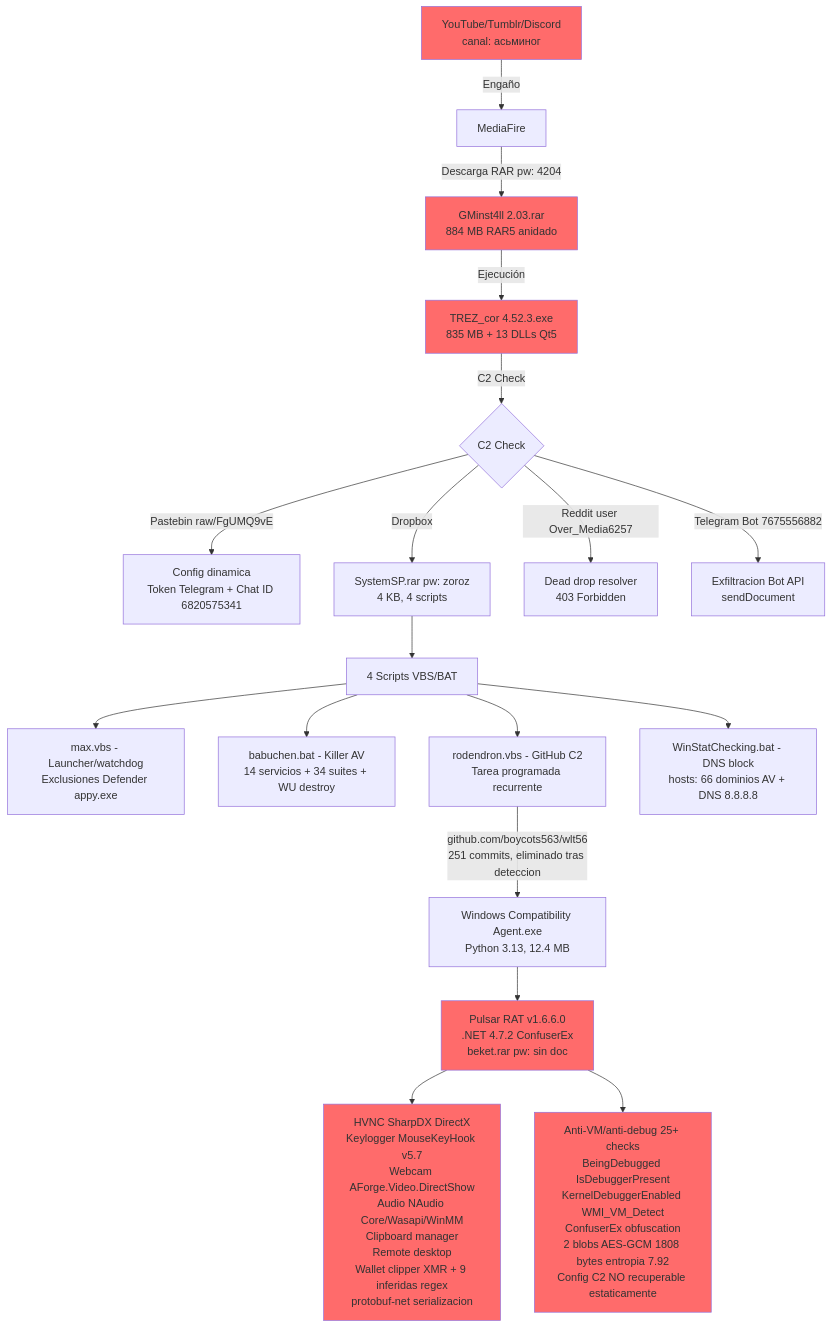
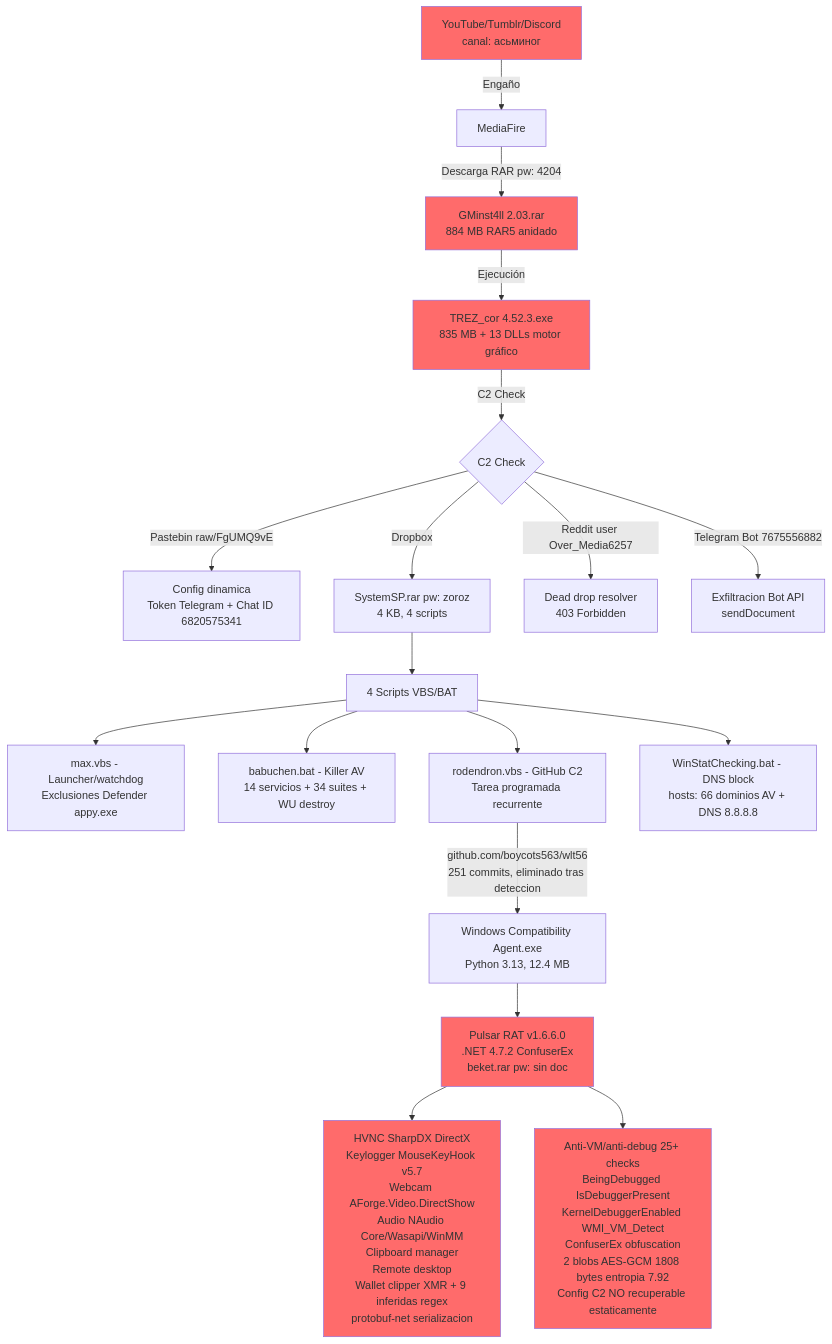
Before and after one commit to alesanfe/soar-ransomware-lab: diagram 11 of 12 in docs/thesis/appendix_f.md, drawn with Mermaid. The commit also changed other lines of this file, not shown here.

````diff
--- a/docs/thesis/appendix_f.md
+++ b/docs/thesis/appendix_f.md
@@ -554,26 +554,26 @@
 ```mermaid
 graph TD
  A[YouTube/Tumblr/Discord<br/>canal: асьминог] -->|Engaño| B[MediaFire]
  B -->|Descarga RAR pw: 4204| C[GMinst4ll 2.03.rar<br/>884 MB RAR5 anidado]
- C -->|Ejecución| D[TREZ_cor 4.52.3.exe<br/>835 MB + 13 DLLs Qt5]
+ C -->|Ejecución| D[TREZ_cor 4.52.3.exe<br/>835 MB + 13 DLLs motor gráfico]
  D -->|C2 Check| E{C2 Check}
  E -->|Pastebin raw/FgUMQ9vE| F[Config dinamica<br/>Token Telegram + Chat ID 6820575341]
  E -->|Dropbox| G[SystemSP.rar pw: zoroz<br/>4 KB, 4 scripts]
  E -->|Reddit user Over_Media6257| H[Dead drop resolver<br/>403 Forbidden]
  E -->|Telegram Bot 7675556882| I[Exfiltracion Bot API<br/>sendDocument]
  G --> J[4 Scripts VBS/BAT]
  J --> K[max.vbs - Launcher/watchdog<br/>Exclusiones Defender appy.exe]
  J --> L[babuchen.bat - Killer AV<br/>14 servicios + 34 suites + WU destroy]
  J --> M[rodendron.vbs - GitHub C2<br/>Tarea programada recurrente]
  J --> N[WinStatChecking.bat - DNS block<br/>hosts: 66 dominios AV + DNS 8.8.8.8]
  M -->|github.com/boycots563/wlt56<br/>251 commits, eliminado tras deteccion| O[Windows Compatibility Agent.exe<br/>Python 3.13, 12.4 MB]
  O --> P[Pulsar RAT v1.6.6.0<br/>.NET 4.7.2 ConfuserEx<br/>beket.rar pw: sin doc]
  P --> Q[HVNC SharpDX DirectX<br/>Keylogger MouseKeyHook v5.7<br/>Webcam AForge.Video.DirectShow<br/>Audio NAudio Core/Wasapi/WinMM<br/>Clipboard manager<br/>Remote desktop<br/>Wallet clipper XMR + 9 inferidas regex<br/>protobuf-net serializacion]
  P --> R[Anti-VM/anti-debug 25+ checks<br/>BeingDebugged IsDebuggerPresent<br/>KernelDebuggerEnabled WMI_VM_Detect<br/>ConfuserEx obfuscation<br/>2 blobs AES-GCM 1808 bytes entropia 7.92<br/>Config C2 NO recuperable estaticamente]
  style A fill:#ff6b6b
  style C fill:#ff6b6b
  style D fill:#ff6b6b
  style P fill:#ff6b6b
  style Q fill:#ff6b6b
  style R fill:#ff6b6b
 ```
````
